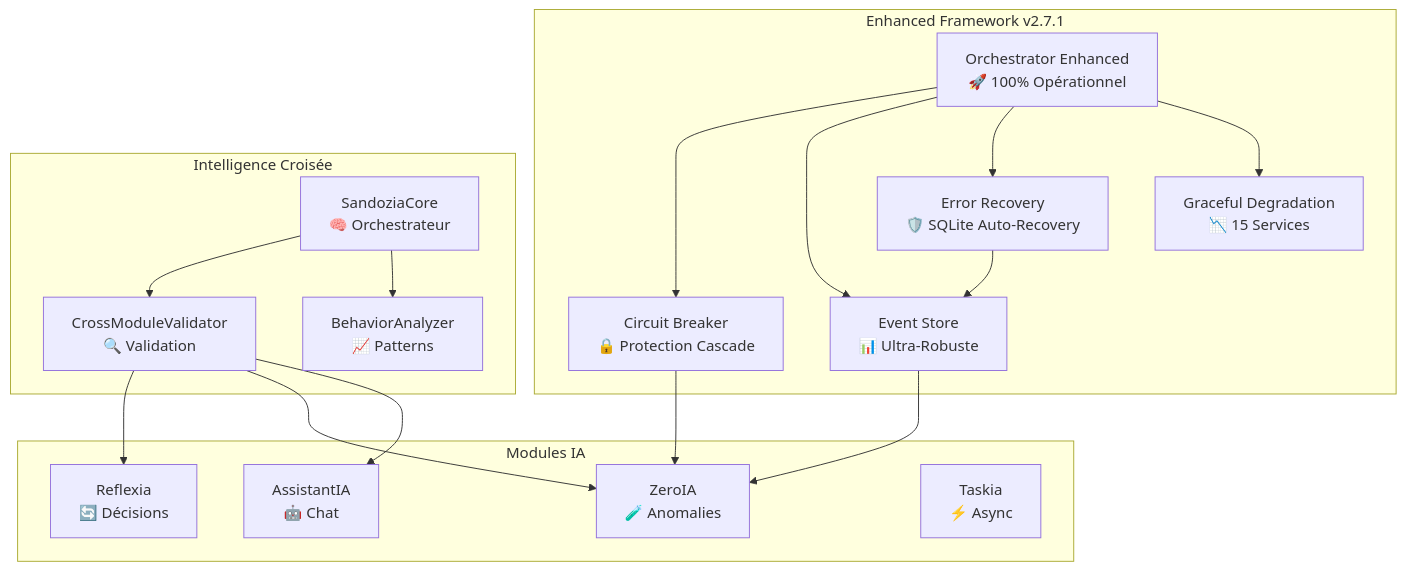
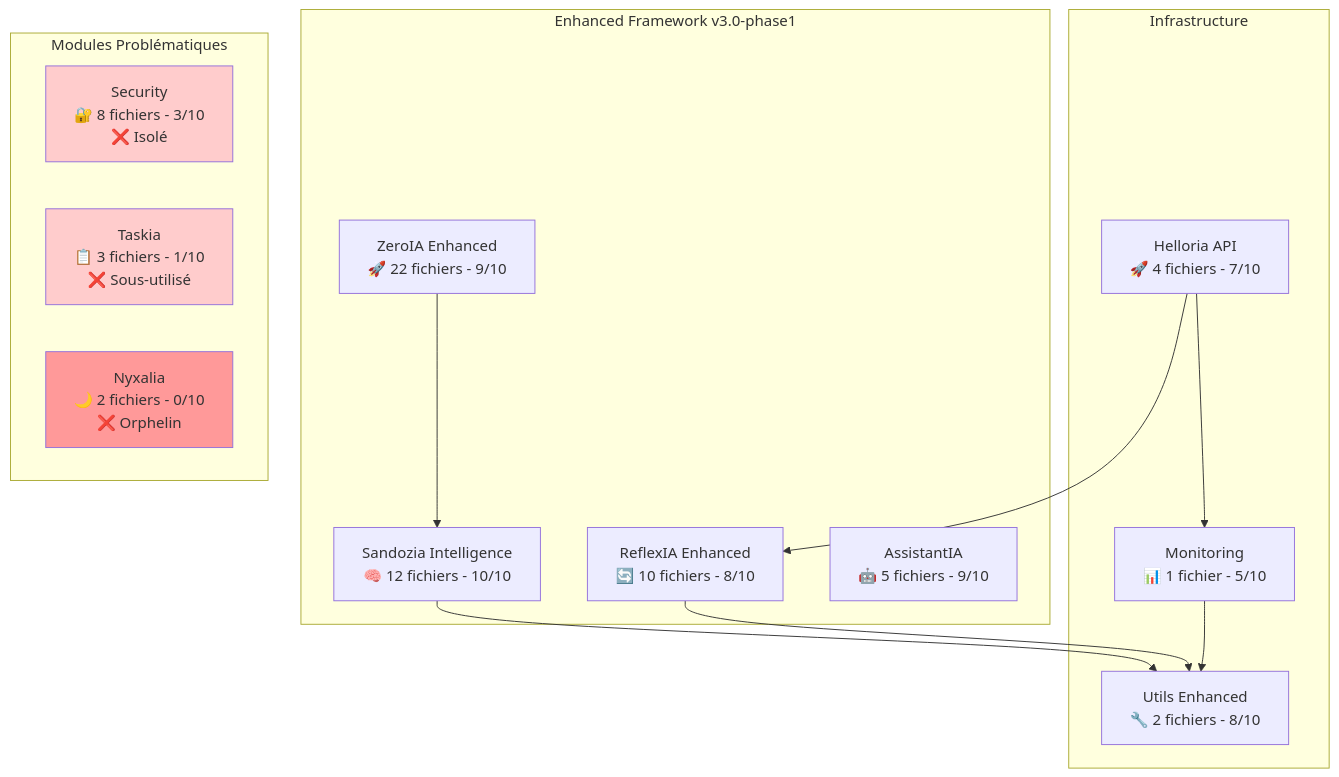
The diagram in docs/index.md (athalia-siwek/arkalia-luna-pro), drawn with Mermaid before and after one commit. The commit also changed other lines of this file and 325 other files, not shown here.

````diff
--- a/docs/index.md
+++ b/docs/index.md
@@ -59,36 +83,32 @@
 ```mermaid
 graph TB
-    subgraph "Enhanced Framework v2.7.1"
-        OE[Orchestrator Enhanced<br/>🚀 100% Opérationnel]
-        CB[Circuit Breaker<br/>🔒 Protection Cascade]
-        ES[Event Store<br/>📊 Ultra-Robuste]
-        ERS[Error Recovery<br/>🛡️ SQLite Auto-Recovery]
-        GD[Graceful Degradation<br/>📉 15 Services]
+    subgraph "Enhanced Framework v3.0-phase1"
+        ZE[ZeroIA Enhanced<br/>🚀 22 fichiers - 9/10]
+        SI[Sandozia Intelligence<br/>🧠 12 fichiers - 10/10]
+        RE[ReflexIA Enhanced<br/>🔄 10 fichiers - 8/10]
+        AS[AssistantIA<br/>🤖 5 fichiers - 9/10]
     end
 
-    subgraph "Intelligence Croisée"
-        SC[SandoziaCore<br/>🧠 Orchestrateur]
-        CMV[CrossModuleValidator<br/>🔍 Validation]
-        BA[BehaviorAnalyzer<br/>📈 Patterns]
+    subgraph "Infrastructure"
+        HE[Helloria API<br/>🚀 4 fichiers - 7/10]
+        UE[Utils Enhanced<br/>🔧 2 fichiers - 8/10]
+        MO[Monitoring<br/>📊 1 fichier - 5/10]
     end
 
-    subgraph "Modules IA"
-        R[Reflexia<br/>🔄 Décisions]
-        Z[ZeroIA<br/>🧪 Anomalies]
-        A[AssistantIA<br/>🤖 Chat]
-        T[Taskia<br/>⚡ Async]
+    subgraph "Modules Problématiques"
+        SE[Security<br/>🔐 8 fichiers - 3/10<br/>❌ Isolé]
+        TA[Taskia<br/>📋 3 fichiers - 1/10<br/>❌ Sous-utilisé]
+        NY[Nyxalia<br/>🌙 2 fichiers - 0/10<br/>❌ Orphelin]
     end
 
-    OE --> CB
-    OE --> ES
-    OE --> ERS
-    OE --> GD
-    CB --> Z
-    ES --> Z
-    ERS --> ES
-    SC --> CMV
-    SC --> BA
-    CMV --> R
-    CMV --> Z
-    CMV --> A
+    ZE --> SI
+    SI --> UE
+    RE --> UE
+    HE --> RE
+    HE --> MO
+    MO --> UE
+
+    style SE fill:#ffcccc
+    style TA fill:#ffcccc
+    style NY fill:#ff9999
 ```
````
